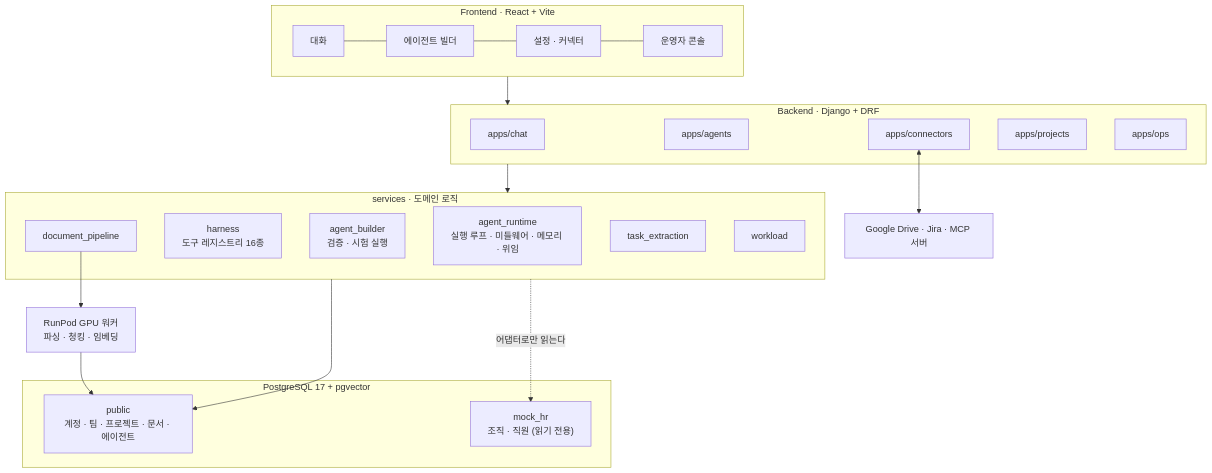
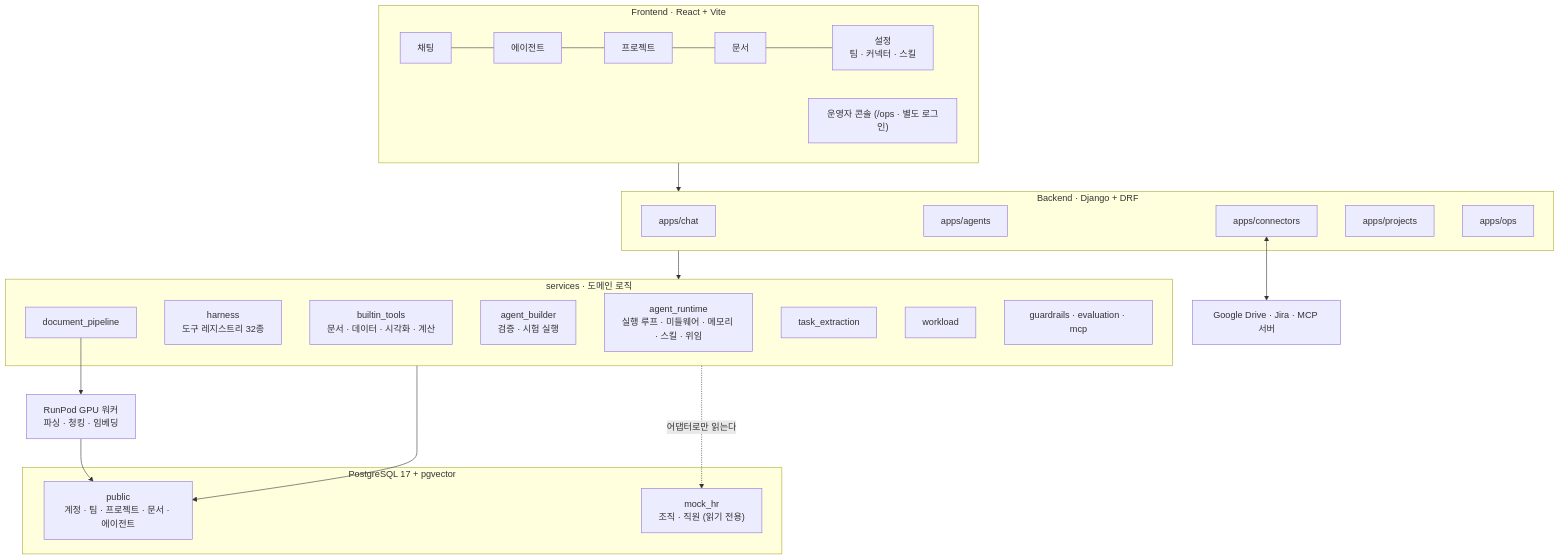
One commit to SKNETWORKS-FAMILY-AICAMP/SKN29-FINAL-2TEAM changed the second of 4 diagrams in README.md. Above: the diagram before and after it, drawn with Mermaid. The commit also changed other lines of this file and 12 other files, not shown here.

````diff
--- a/README.md
+++ b/README.md
@@ -185,37 +232,40 @@
 ```mermaid
 flowchart TB
     subgraph FE["Frontend · React + Vite"]
-        F1["대화"] --- F2["에이전트 빌더"] --- F3["설정 · 커넥터"] --- F4["운영자 콘솔"]
+        F1["채팅"] --- F2["에이전트"] --- F3["프로젝트"] --- F4["문서"] --- F5["설정<br/>팀 · 커넥터 · 스킬"]
+        F6["운영자 콘솔 (/ops · 별도 로그인)"]
     end
 
     subgraph BE["Backend · Django + DRF"]
         A1["apps/chat"]
         A2["apps/agents"]
         A3["apps/connectors"]
         A4["apps/projects"]
         A5["apps/ops"]
     end
 
     subgraph SV["services · 도메인 로직"]
-        S1["agent_runtime<br/>실행 루프 · 미들웨어 · 메모리 · 위임"]
-        S6["harness<br/>도구 레지스트리 16종"]
+        S1["agent_runtime<br/>실행 루프 · 미들웨어 · 메모리 · 스킬 · 위임"]
+        S6["harness<br/>도구 레지스트리 32종"]
+        S7["builtin_tools<br/>문서 · 데이터 · 시각화 · 계산"]
         S2["agent_builder<br/>검증 · 시험 실행"]
         S3["document_pipeline"]
         S4["task_extraction"]
         S5["workload"]
+        S8["guardrails · evaluation · mcp"]
     end
 
     subgraph DB["PostgreSQL 17 + pgvector"]
         D1["public<br/>계정 · 팀 · 프로젝트 · 문서 · 에이전트"]
         D2["mock_hr<br/>조직 · 직원 (읽기 전용)"]
     end
 
     EXT["Google Drive · Jira · MCP 서버"]
     GPU["RunPod GPU 워커<br/>파싱 · 청킹 · 임베딩"]
 
     FE --> BE --> SV
     SV --> D1
     SV -. 어댑터로만 읽는다 .-> D2
     A3 <--> EXT
     S3 --> GPU --> D1
 ```
````
